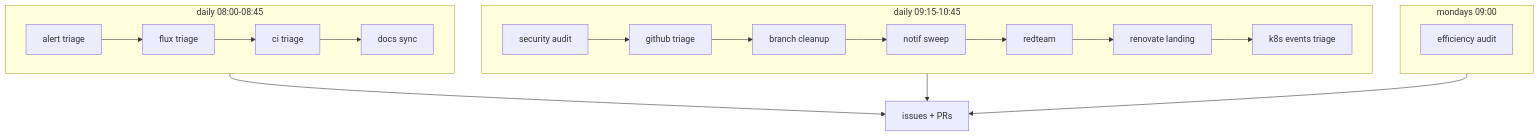
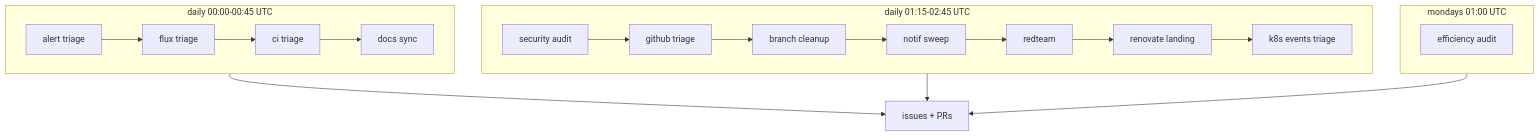
The third of 3 diagrams in apps/docs/docs/automation/hermes.md (shikanime-studio/websites), drawn with Mermaid before and after one commit. The commit also changed other lines of this file, not shown here.

Commit message:
Move the Automata cron window in the docs to the night schedule
The twelve hub cron jobs moved to a 00:00-02:45 UTC night window in
shikanime-labs/machines#1588; the docs still showed the old morning and
midday stagger. Subgraph ids renamed off the old window names too.

````diff
--- a/apps/docs/docs/automation/hermes.md
+++ b/apps/docs/docs/automation/hermes.md
@@ -120,17 +122,17 @@
 ```mermaid
 flowchart TB
-  subgraph morning["daily 08:00-08:45"]
+  subgraph night1["daily 00:00-00:45 UTC"]
     A1[alert triage] --> A2[flux triage] --> A3[ci triage]
     A3 --> A4[docs sync]
   end
-  subgraph midday["daily 09:15-10:45"]
+  subgraph night2["daily 01:15-02:45 UTC"]
     B1[security audit] --> B2[github triage]
     B2 --> B3[branch cleanup] --> B4[notif sweep]
     B4 --> B5[redteam] --> B6[renovate landing]
     B6 --> B7[k8s events triage]
   end
-  subgraph weekly["mondays 09:00"]
+  subgraph weekly["mondays 01:00 UTC"]
     W1[efficiency audit]
   end
-  morning & midday & weekly --> OUT["issues + PRs"]
+  night1 & night2 & weekly --> OUT["issues + PRs"]
 ```
````
